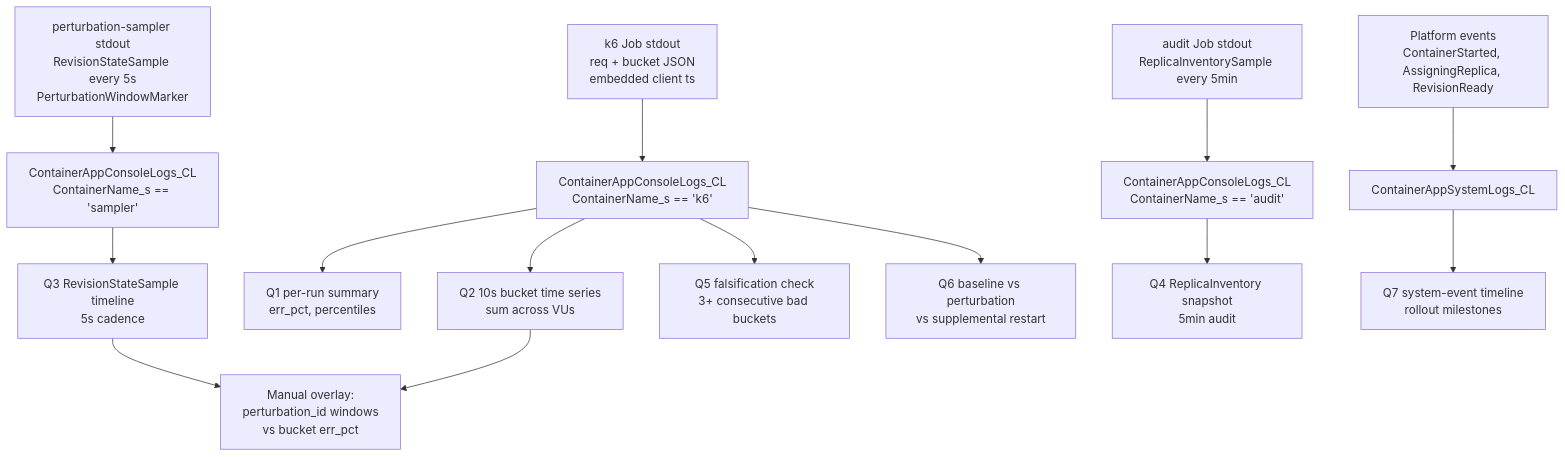
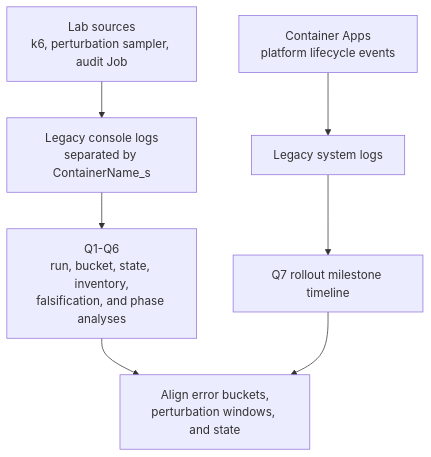
Before and after one commit to yeongseon/azure-container-apps-practical-guide: the diagram in docs/troubleshooting/kql/scaling-and-replicas/startup-degraded-bucketed-5xx.md, drawn with Mermaid. The commit also changed other lines of this file and 22 other files, not shown here.

First line of the commit message:
docs(diagrams): migrate KQL diagnostic flows (#622)

````diff
--- a/docs/troubleshooting/kql/scaling-and-replicas/startup-degraded-bucketed-5xx.md
+++ b/docs/troubleshooting/kql/scaling-and-replicas/startup-degraded-bucketed-5xx.md
@@ -53,16 +53,12 @@
 ```mermaid
 flowchart TD
-    A[k6 Job stdout<br/>req + bucket JSON<br/>embedded client ts] --> B[ContainerAppConsoleLogs_CL<br/>ContainerName_s == 'k6']
-    C[perturbation-sampler stdout<br/>RevisionStateSample every 5s<br/>PerturbationWindowMarker] --> D[ContainerAppConsoleLogs_CL<br/>ContainerName_s == 'sampler']
-    E[audit Job stdout<br/>ReplicaInventorySample every 5min] --> F[ContainerAppConsoleLogs_CL<br/>ContainerName_s == 'audit']
-    G[Platform events<br/>ContainerStarted, AssigningReplica, RevisionReady] --> H[ContainerAppSystemLogs_CL]
-    B --> I[Q1 per-run summary<br/>err_pct, percentiles]
-    B --> J[Q2 10s bucket time series<br/>sum across VUs]
-    D --> K[Q3 RevisionStateSample timeline<br/>5s cadence]
-    F --> L[Q4 ReplicaInventory snapshot<br/>5min audit]
-    B --> M[Q5 falsification check<br/>3+ consecutive bad buckets]
-    B --> N[Q6 baseline vs perturbation<br/>vs supplemental restart]
-    H --> O[Q7 system-event timeline<br/>rollout milestones]
-    J --> P[Manual overlay:<br/>perturbation_id windows<br/>vs bucket err_pct]
-    K --> P
+    accTitle: Build the startup-degraded falsification evidence set
+    accDescr: Three lab containers write structured observations to the legacy console-log table, while platform lifecycle events enter the legacy system-log table. Seven queries summarize requests, buckets, revision state, replica inventory, falsification windows, phase comparisons, and rollout milestones. A manual overlay aligns client error buckets with perturbation windows.
+
+    SOURCES[Lab sources<br/>k6, perturbation sampler, audit Job] --> CONSOLE[Legacy console logs<br/>separated by ContainerName_s]
+    PLATFORM[Container Apps<br/>platform lifecycle events] --> SYSTEMLOG[Legacy system logs]
+    CONSOLE --> QUERIES[Q1-Q6<br/>run, bucket, state, inventory,<br/>falsification, and phase analyses]
+    SYSTEMLOG --> Q7[Q7 rollout milestone timeline]
+    QUERIES --> SYNTHESIS[Align error buckets,<br/>perturbation windows, and state]
+    Q7 --> SYNTHESIS
 ```
````
